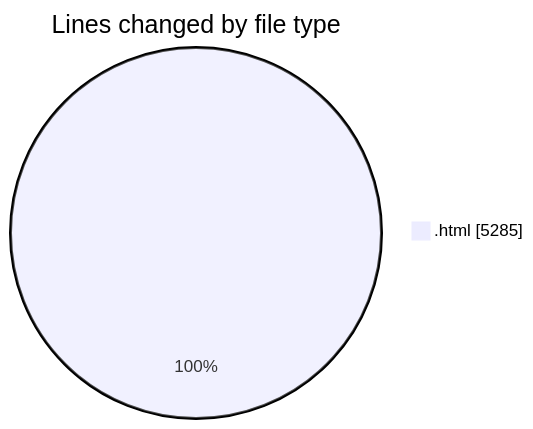
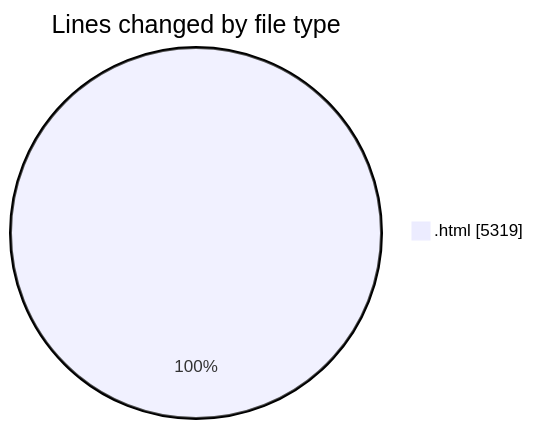
Before and after one commit to Ritupan-Deka/code-tracking: the first of 2 diagrams in 2025-06-17/projects/README.md, drawn with Mermaid. The commit also changed other lines of this file and 1 other file, not shown here.

````diff
--- a/2025-06-17/projects/README.md
+++ b/2025-06-17/projects/README.md
@@ -21,5 +21,5 @@
 ```mermaid
 pie showData
 title Lines changed by file type
-".html" : 5285
+".html" : 5319
 ```
````
